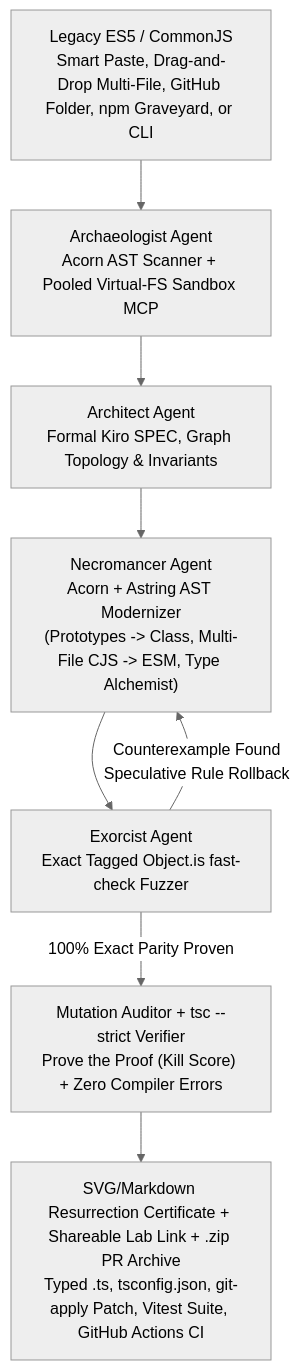
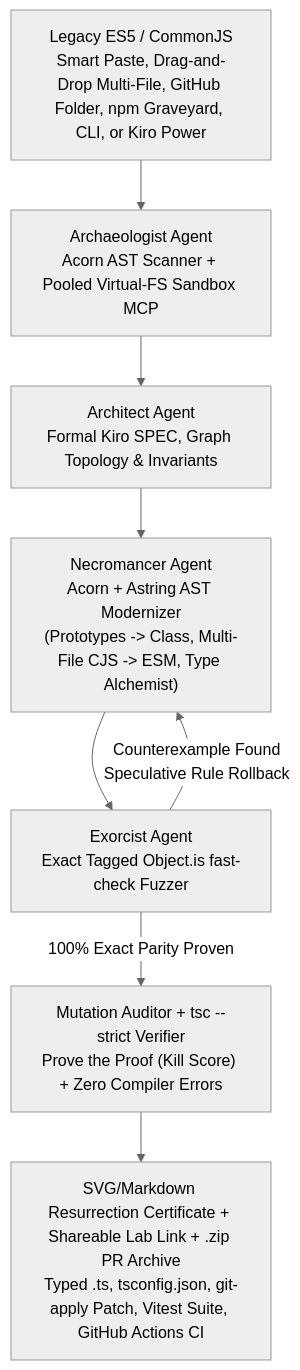
Before and after one commit to anjarkar25-max/lazarus: the diagram in README.md, drawn with Mermaid (neutral theme). The commit also changed other lines of this file, not shown here.

Commit message:
docs(readme): update to final V11 Studio with 852 tests, 20 Kiro specs, and installable Kiro Power

````diff
--- a/README.md
+++ b/README.md
@@ -11,10 +11,10 @@
 ```mermaid
 flowchart TD
-    A["Legacy ES5 / CommonJS<br/>Smart Paste, Drag-and-Drop Multi-File, GitHub Folder, npm Graveyard, or CLI"] --> B["Archaeologist Agent<br/>Acorn AST Scanner + Pooled Virtual-FS Sandbox MCP"]
+    A["Legacy ES5 / CommonJS<br/>Smart Paste, Drag-and-Drop Multi-File, GitHub Folder, npm Graveyard, CLI, or Kiro Power"] --> B["Archaeologist Agent<br/>Acorn AST Scanner + Pooled Virtual-FS Sandbox MCP"]
     B --> C["Architect Agent<br/>Formal Kiro SPEC, Graph Topology & Invariants"]
     C --> D["Necromancer Agent<br/>Acorn + Astring AST Modernizer<br/>(Prototypes -> Class, Multi-File CJS -> ESM, Type Alchemist)"]
     D --> E["Exorcist Agent<br/>Exact Tagged Object.is fast-check Fuzzer"]
     E -- "Counterexample Found<br/>Speculative Rule Rollback" --> D
     E -- "100% Exact Parity Proven" --> F["Mutation Auditor + tsc --strict Verifier<br/>Prove the Proof (Kill Score) + Zero Compiler Errors"]
     F --> G["SVG/Markdown Resurrection Certificate + Shareable Lab Link + .zip PR Archive<br/>Typed .ts, tsconfig.json, git-apply Patch, Vitest Suite, GitHub Actions CI"]
 ```
````
